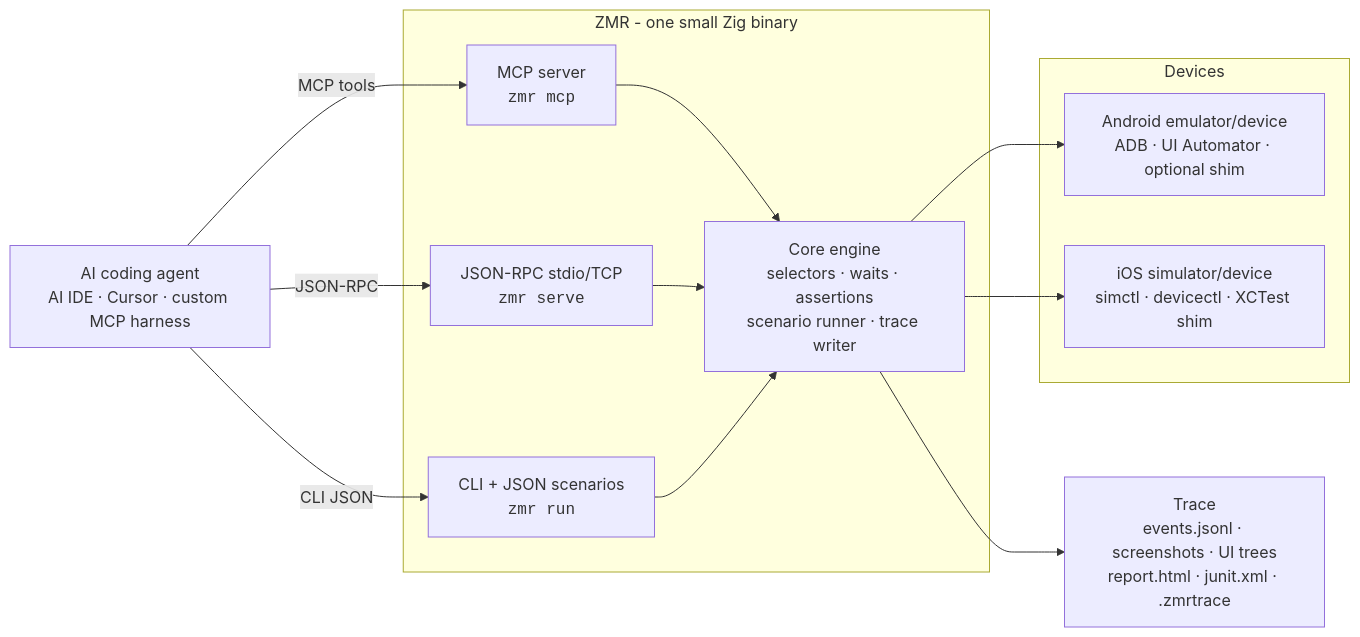
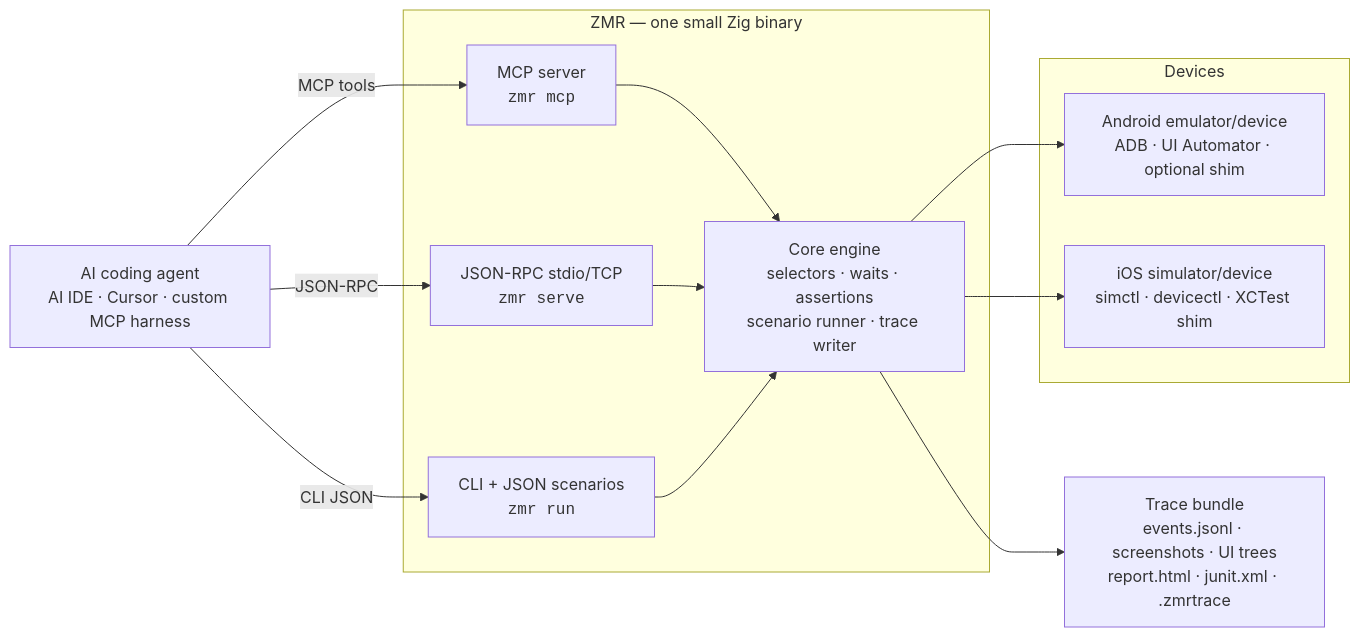
One commit to johnmikel/zeno-mobile-runner changed the diagram in README.md. Above: the diagram before and after it, drawn with Mermaid. The commit also changed other lines of this file, not shown here.

````diff
--- a/README.md
+++ b/README.md
@@ -43,24 +51,24 @@
 ```mermaid
 flowchart LR
     A["AI coding agent<br/>AI IDE · Cursor · custom MCP harness"]
-    subgraph zmr["ZMR - one small Zig binary"]
+    subgraph zmr["ZMR — one small Zig binary"]
         MCP["MCP server<br/><code>zmr mcp</code>"]
         RPC["JSON-RPC stdio/TCP<br/><code>zmr serve</code>"]
         CLI["CLI + JSON scenarios<br/><code>zmr run</code>"]
         CORE["Core engine<br/>selectors · waits · assertions<br/>scenario runner · trace writer"]
         MCP --> CORE
         RPC --> CORE
         CLI --> CORE
     end
     subgraph devices["Devices"]
         AND["Android emulator/device<br/>ADB · UI Automator · optional shim"]
         IOS["iOS simulator/device<br/>simctl · devicectl · XCTest shim"]
     end
-    TRACE["Trace<br/>events.jsonl · screenshots · UI trees<br/>report.html · junit.xml · .zmrtrace"]
+    TRACE["Trace bundle<br/>events.jsonl · screenshots · UI trees<br/>report.html · junit.xml · .zmrtrace"]
     A -- "MCP tools" --> MCP
     A -- "JSON-RPC" --> RPC
     A -- "CLI JSON" --> CLI
     CORE --> AND
     CORE --> IOS
     CORE --> TRACE
 ```
````
